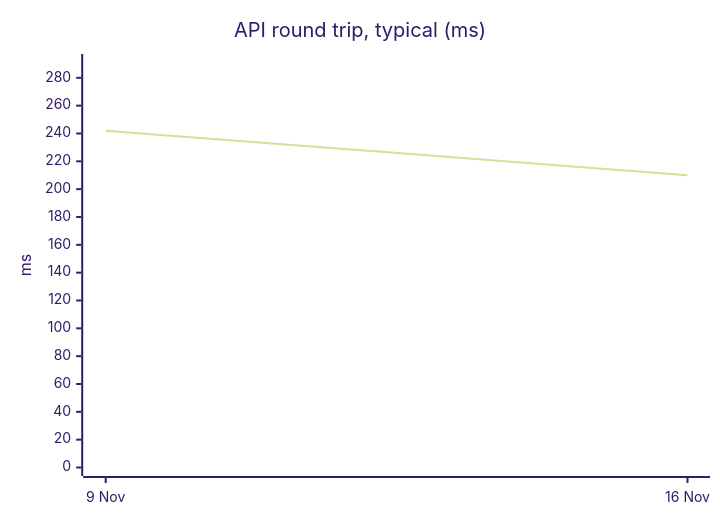
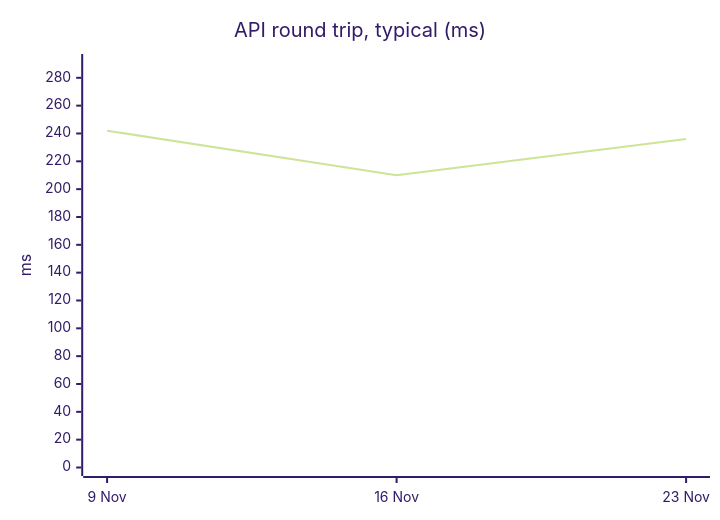
Before and after one commit to chiragdev1/ckauth: the fifth of 5 diagrams in README.md, drawn with Mermaid (forest theme). The commit also changed other lines of this file and 1 other file, not shown here.

````diff
--- a/README.md
+++ b/README.md
@@ -71,7 +71,7 @@
 ```mermaid
 xychart-beta
   title "API round trip, typical (ms)"
-  x-axis ["9 Nov", "16 Nov"]
+  x-axis ["9 Nov", "16 Nov", "23 Nov"]
   y-axis "ms" 0 --> 291
-  line [242, 210]
+  line [242, 210, 236]
 ```
````
